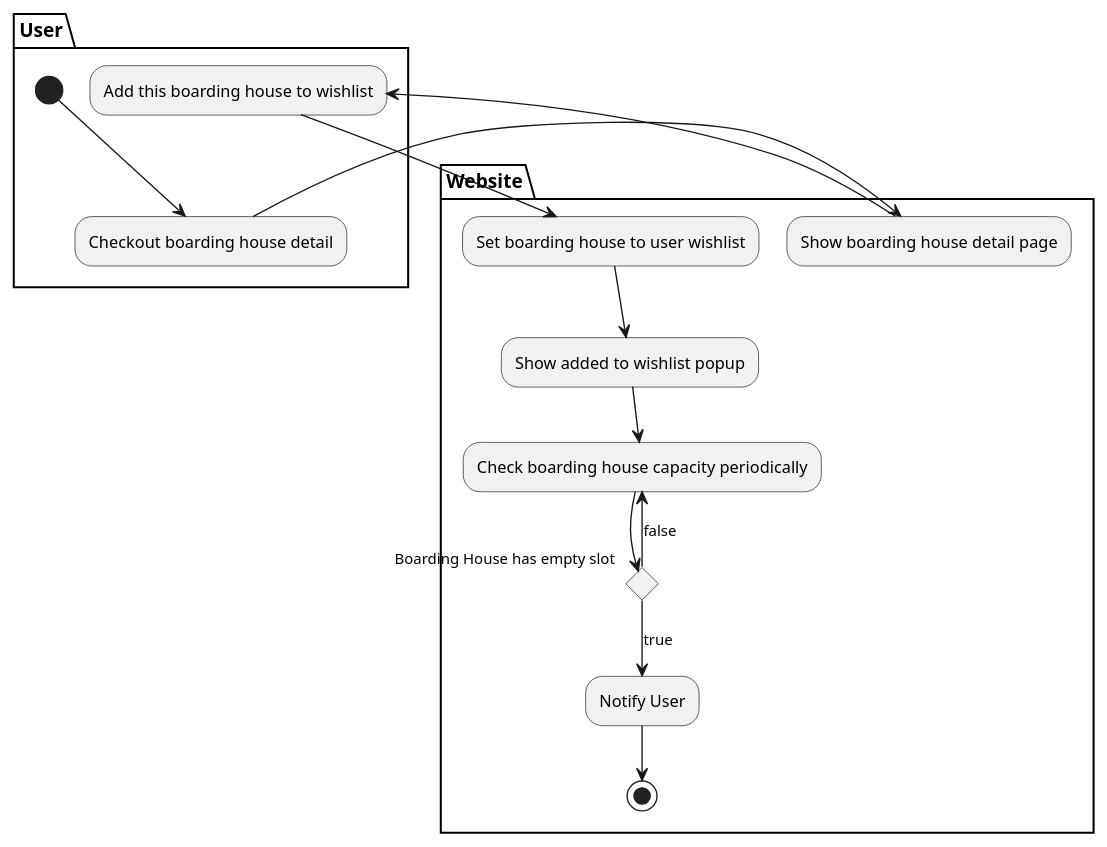
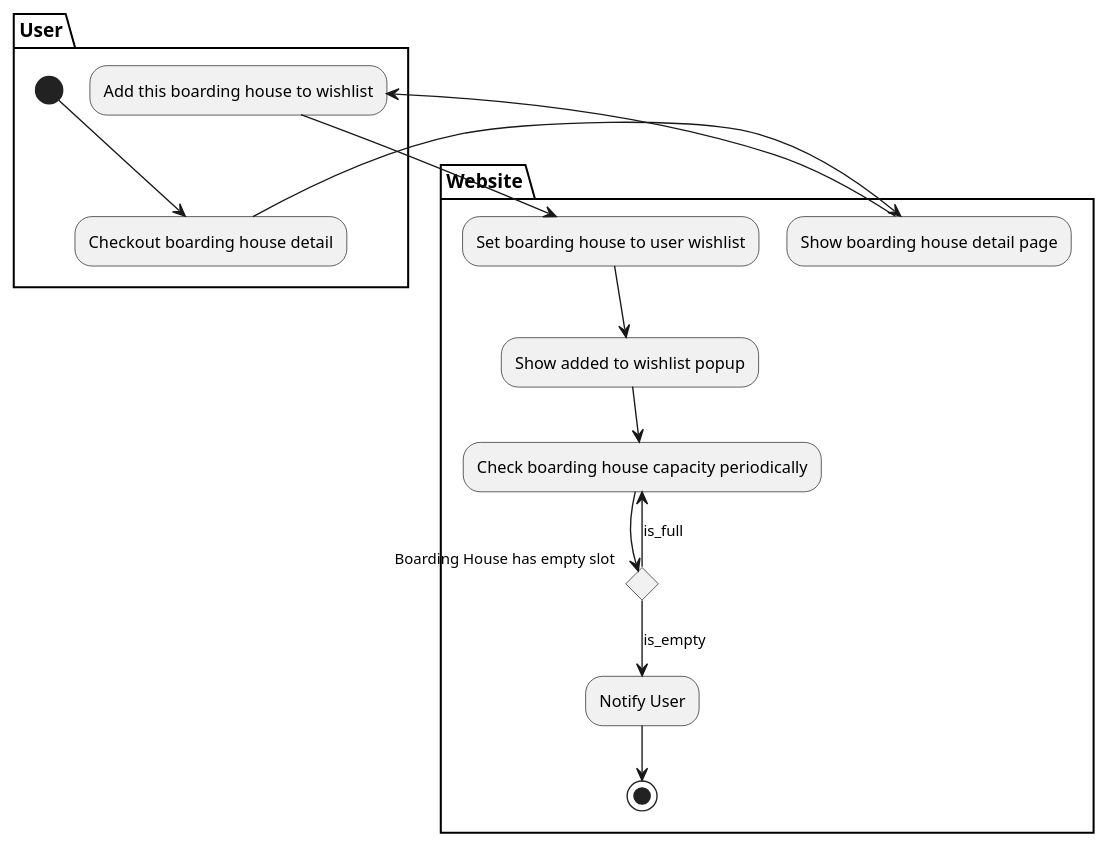
The diagram in Design/BHFMS_ACTIVITY/Wishlist.puml (AntWort21/BHFMS), drawn with PlantUML before and after one commit. The commit also changed 22 other files, not shown here.

```diff
--- a/Design/BHFMS_ACTIVITY/Wishlist.puml
+++ b/Design/BHFMS_ACTIVITY/Wishlist.puml
@@ -1,30 +1,31 @@
 @startuml
 
+' Rule of Diagram
 partition User {
     (*) --> "Checkout boarding house detail"
 }
 
 partition Website {
     "Checkout boarding house detail" --> "Show boarding house detail page"    
 }
 
 partition User {
     "Show boarding house detail page" --> "Add this boarding house to wishlist" 
 }
 
 partition Website {
     "Add this boarding house to wishlist" --> "Set boarding house to user wishlist"
 
     "Set boarding house to user wishlist" --> "Show added to wishlist popup" 
 
     "Show added to wishlist popup" --> "Check boarding house capacity periodically"
     
     if "Boarding House has empty slot" then
-    --> [true] "Notify User"
+    --> [is_empty] "Notify User"
     else
-    --> [false] "Check boarding house capacity periodically"
+    --> [is_full] "Check boarding house capacity periodically"
 
     "Notify User" --> (*)
 }
 
 @enduml
```
